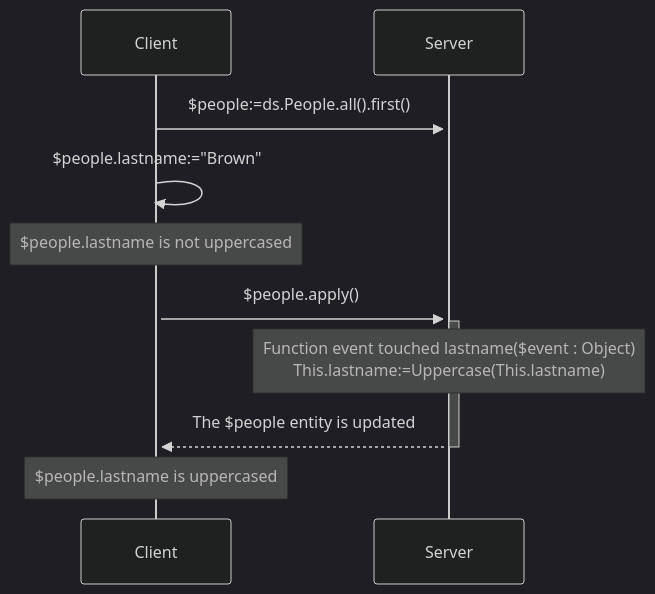
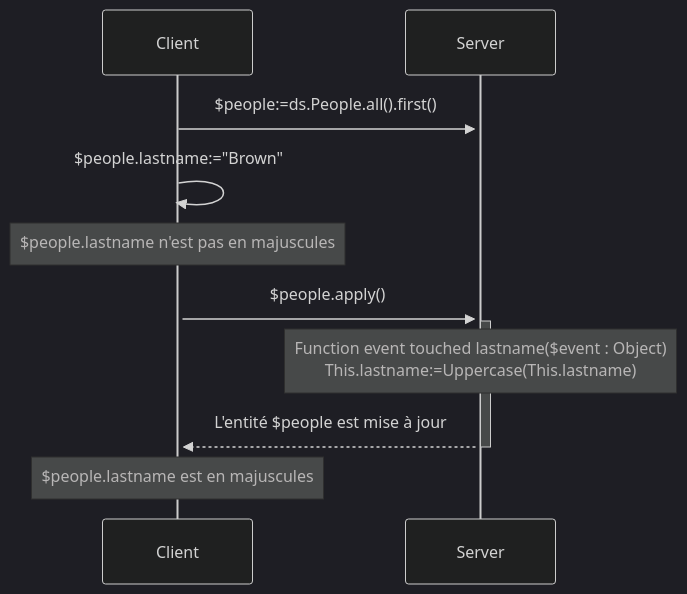
Before and after one commit to 4d/docs: the second of 3 diagrams in i18n/fr/docusaurus-plugin-content-docs/current/ORDA/orda-events.md, drawn with Mermaid (dark theme). The commit also changed other lines of this file and 19078 other files, not shown here.

````diff
--- a/i18n/fr/docusaurus-plugin-content-docs/current/ORDA/orda-events.md
+++ b/i18n/fr/docusaurus-plugin-content-docs/current/ORDA/orda-events.md
@@ -274,20 +274,20 @@
 ```mermaid
 
 sequenceDiagram
 
     Client->>+Server: $people:=ds.People.all().first()
 
     Client->>+Client: $people.lastname:="Brown"
 
-   Note over Client:$people.lastname is not uppercased
+   Note over Client:$people.lastname n'est pas en majuscules
 
     Client->>+Server: $people.apply()
 
    Note over Server: Function event touched lastname($event : Object) <br>  This.lastname:=Uppercase(This.lastname)
 
-    Server-->>-Client: The $people entity is updated
+    Server-->>-Client: L'entité $people est mise à jour
 
-   Note over Client:$people.lastname is uppercased
+   Note over Client:$people.lastname est en majuscules
 
 
 ```
````
